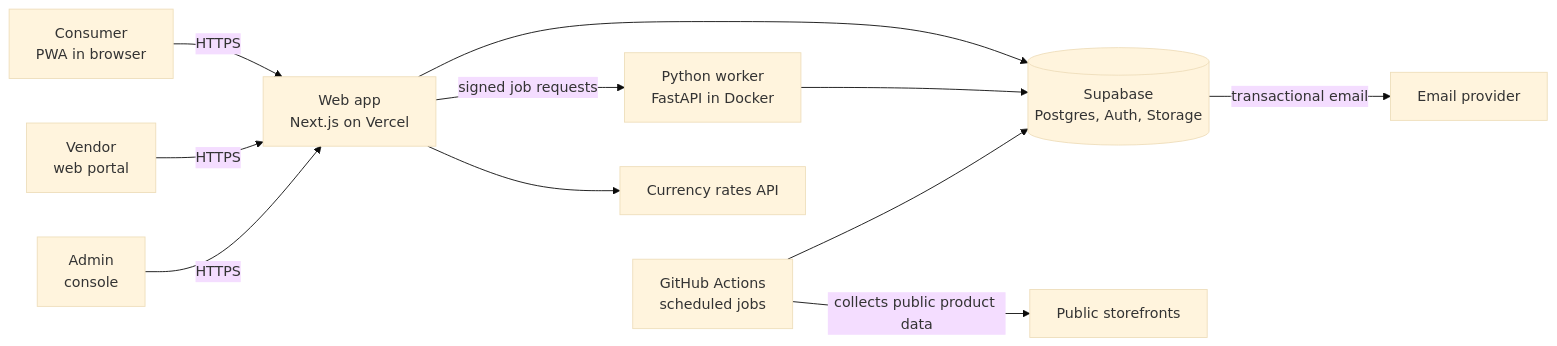
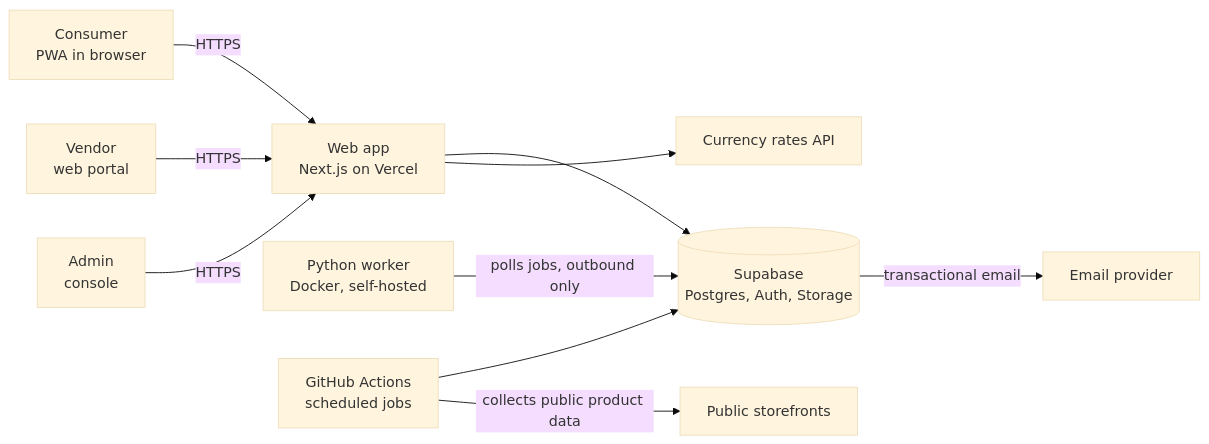
The first of 4 diagrams in docs/HLD.md (ambarishsengupta/sparta), drawn with Mermaid (base theme) before and after one commit. The commit also changed other lines of this file and 2 other files, not shown here.

Commit message:
Amend sign-in to email and Google (BRD v0.5, FDD v1.1); HLD v0.4 with self-hosted worker

````diff
--- a/docs/HLD.md
+++ b/docs/HLD.md
@@ -41,13 +41,12 @@
 ```mermaid
 flowchart LR
   C[Consumer<br/>PWA in browser] -->|HTTPS| W[Web app<br/>Next.js on Vercel]
   V[Vendor<br/>web portal] -->|HTTPS| W
   A[Admin<br/>console] -->|HTTPS| W
   W --> S[(Supabase<br/>Postgres, Auth, Storage)]
-  W -->|signed job requests| P[Python worker<br/>FastAPI in Docker]
-  P --> S
+  P[Python worker<br/>Docker, self-hosted] -->|polls jobs, outbound only| S
   G[GitHub Actions<br/>scheduled jobs] --> S
   G -->|collects public product data| X[Public storefronts]
   W --> R[Currency rates API]
   S -->|transactional email| M[Email provider]
 ```
````
